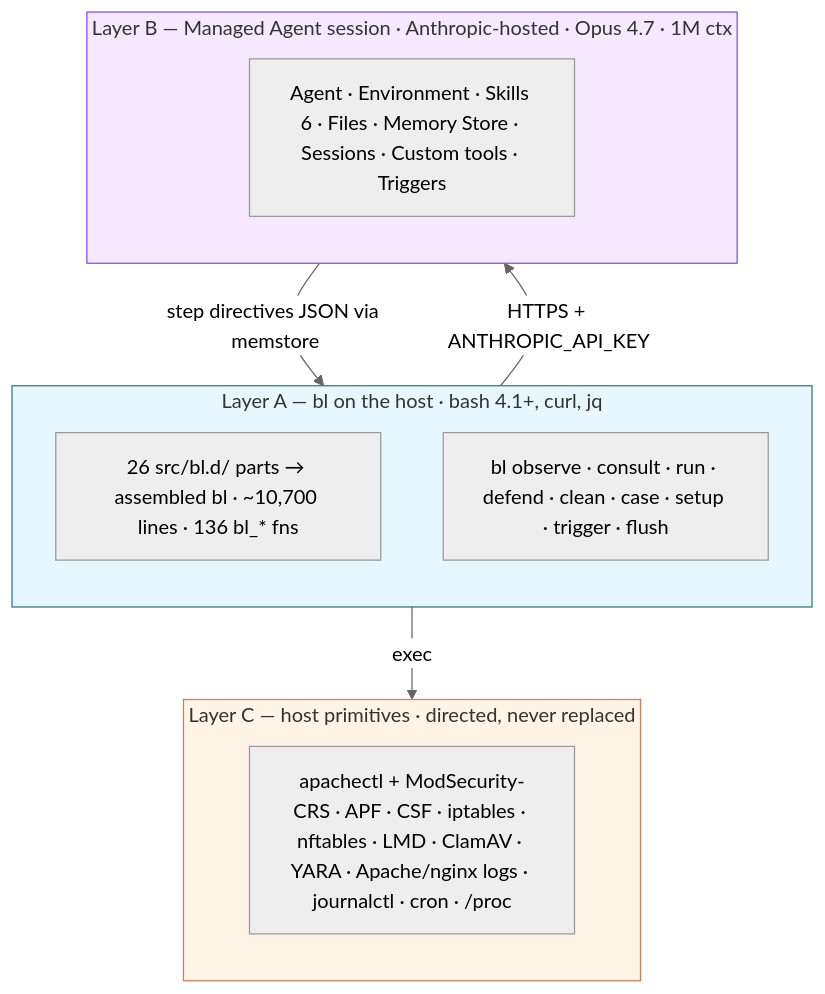
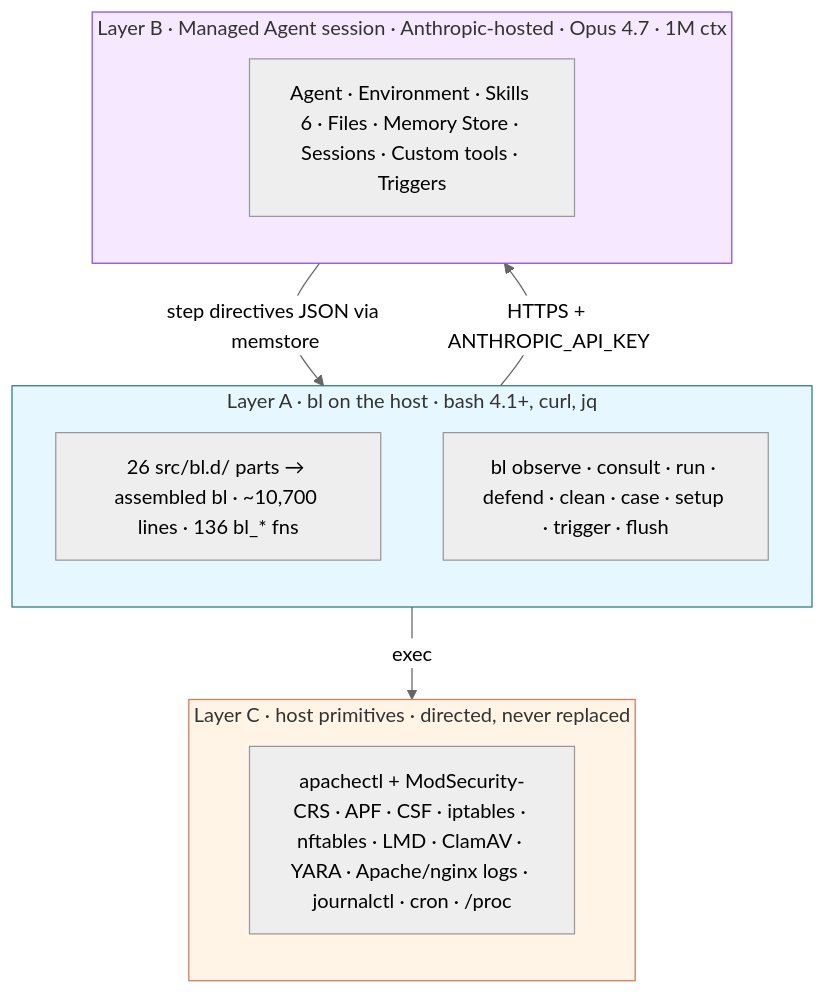
One commit to rfxn/blacklight changed the third of 5 diagrams in README.md. Above: the diagram before and after it, drawn with Mermaid (neutral theme). The commit also changed other lines of this file and 1 other file, not shown here.

````diff
--- a/README.md
+++ b/README.md
@@ -204,26 +204,26 @@
 ```mermaid
 flowchart TB
-    subgraph A["Layer A — bl on the host · bash 4.1+, curl, jq"]
+    subgraph A["Layer A · bl on the host · bash 4.1+, curl, jq"]
         direction TB
         A1[26 src/bl.d/ parts → assembled bl · ~10,700 lines · 136 bl_* fns]
         A2[bl observe · consult · run · defend · clean · case · setup · trigger · flush]
     end
-    subgraph B["Layer B — Managed Agent session · Anthropic-hosted · Opus 4.7 · 1M ctx"]
+    subgraph B["Layer B · Managed Agent session · Anthropic-hosted · Opus 4.7 · 1M ctx"]
         direction TB
         B1[Agent · Environment · Skills 6 · Files · Memory Store · Sessions · Custom tools · Triggers]
     end
-    subgraph C["Layer C — host primitives · directed, never replaced"]
+    subgraph C["Layer C · host primitives · directed, never replaced"]
         direction TB
         C1[apachectl + ModSecurity-CRS · APF · CSF · iptables · nftables · LMD · ClamAV · YARA · Apache/nginx logs · journalctl · cron · /proc]
     end
     A -->|HTTPS + ANTHROPIC_API_KEY| B
     B -->|step directives JSON via memstore| A
     A -->|exec| C
 
     classDef la fill:#e6f7ff,stroke:#2c7a7b
     classDef lb fill:#f5e8ff,stroke:#7f4dff
     classDef lc fill:#fff4e6,stroke:#d97757
     class A la
     class B lb
     class C lc
 ```
````
